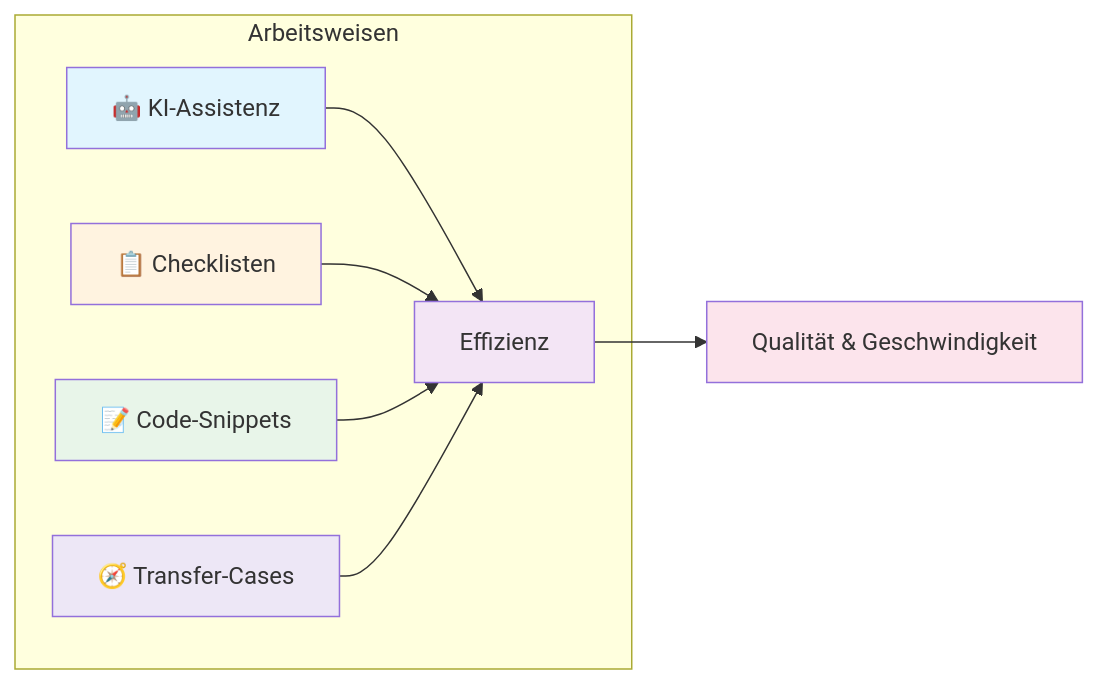
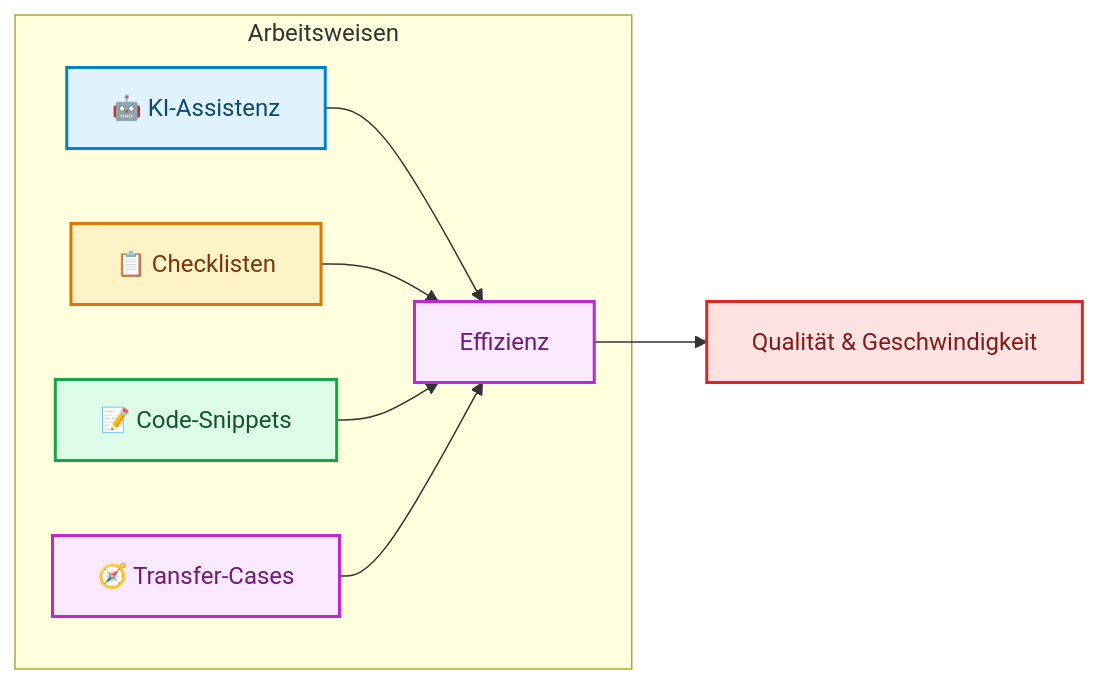
One commit to ralf-42/ML_Intro changed the first of 6 diagrams in docs/concepts/grundlagen/coding-arbeitsweisen.md. Above: the diagram before and after it, drawn with Mermaid. The commit also changed other lines of this file and 67 other files, not shown here.

````diff
--- a/docs/concepts/grundlagen/coding-arbeitsweisen.md
+++ b/docs/concepts/grundlagen/coding-arbeitsweisen.md
@@ -29,17 +29,20 @@
 ```mermaid
 flowchart LR
     subgraph Arbeitsweisen
         A[🤖 KI-Assistenz] --> D[Effizienz]
         B[📋 Checklisten] --> D
         C[📝 Code-Snippets] --> D
         F[🧭 Transfer-Cases] --> D
     end
     D --> E[Qualität & Geschwindigkeit]
-    
-    style A fill:#e1f5fe
-    style B fill:#fff3e0
-    style C fill:#e8f5e9
-    style F fill:#ede7f6
-    style D fill:#f3e5f5
-    style E fill:#fce4ec
+
+    classDef default fill:#e0f2fe,stroke:#0284c7,stroke-width:2px,color:#0c4a6e;
+    classDef metric fill:#fef3c7,stroke:#d97706,stroke-width:2px,color:#78350f;
+    classDef output fill:#dcfce7,stroke:#16a34a,stroke-width:2px,color:#14532d;
+    classDef target fill:#fae8ff,stroke:#c026d3,stroke-width:2px,color:#701a75;
+    classDef stop fill:#fee2e2,stroke:#dc2626,stroke-width:2px,color:#7f1d1d;
+    class B metric;
+    class C output;
+    class F,D target;
+    class E stop;
 ```
````
